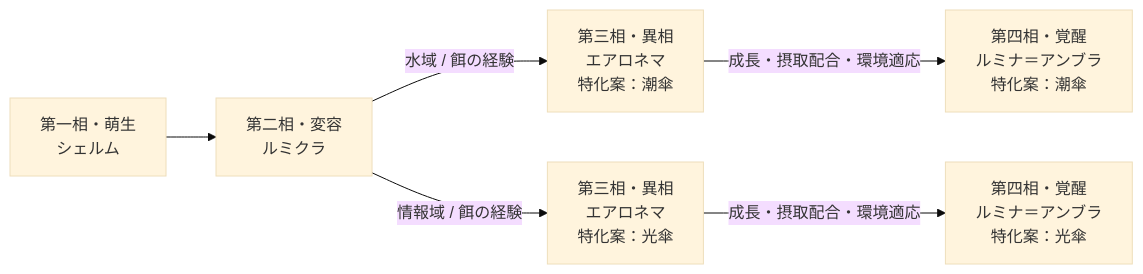
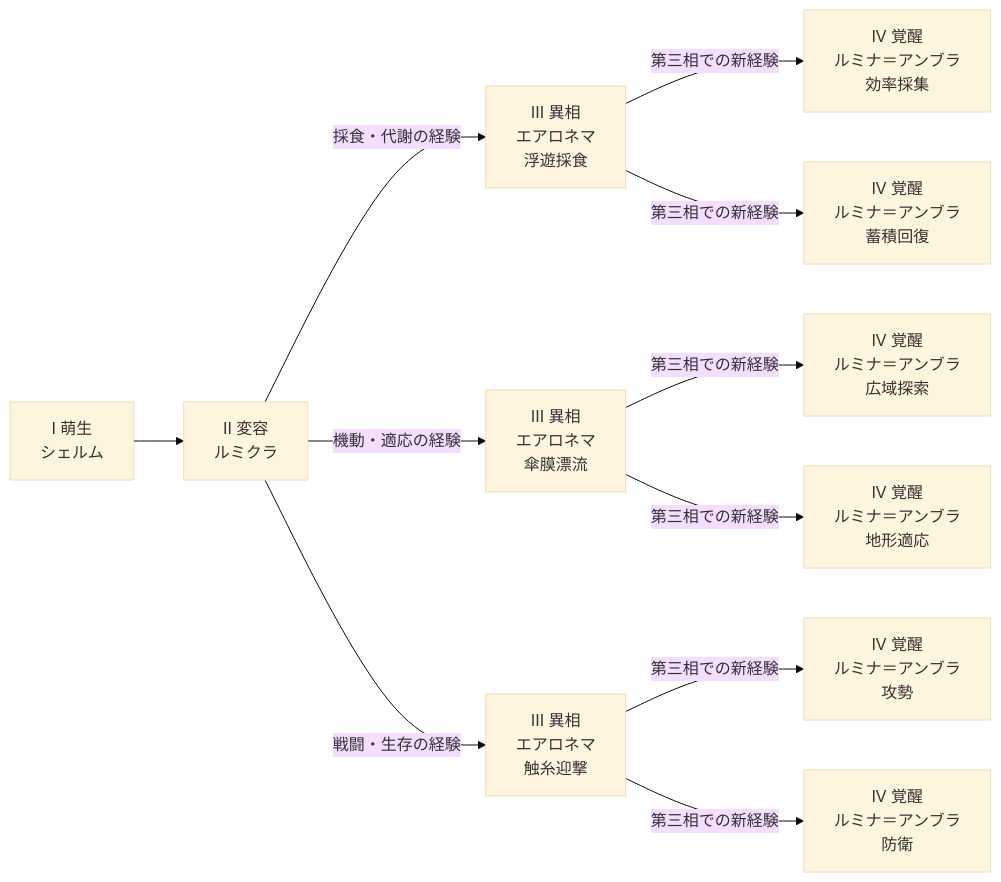
The diagram in lifegame-desktop/design/specification/evolution-trees/jelly.md (chifuru/VAL), drawn with Mermaid (base theme) before and after one commit. The commit also changed other lines of this file and 56 other files, not shown here.

````diff
--- a/lifegame-desktop/design/specification/evolution-trees/jelly.md
+++ b/lifegame-desktop/design/specification/evolution-trees/jelly.md
@@ -20,8 +32,13 @@
 ```mermaid
 flowchart LR
-  p1["第一相・萌生<br/>シェルム"] --> p2["第二相・変容<br/>ルミクラ"]
-  p2 -->|"水域 / 餌の経験"| p3_1["第三相・異相<br/>エアロネマ<br/>特化案：潮傘"]
-  p3_1 -->|"成長・摂取配合・環境適応"| p4_1["第四相・覚醒<br/>ルミナ＝アンブラ<br/>特化案：潮傘"]
-  p2 -->|"情報域 / 餌の経験"| p3_2["第三相・異相<br/>エアロネマ<br/>特化案：光傘"]
-  p3_2 -->|"成長・摂取配合・環境適応"| p4_2["第四相・覚醒<br/>ルミナ＝アンブラ<br/>特化案：光傘"]
+ p1["I 萌生<br/>シェルム"] --> p2["II 変容<br/>ルミクラ"]
+ p2 -->|"採食・代謝の経験"| p3_0["III 異相<br/>エアロネマ<br/>浮遊採食"]
+ p3_0 -->|"第三相での新経験"| p4_0_0["IV 覚醒<br/>ルミナ＝アンブラ<br/>効率採集"]
+ p3_0 -->|"第三相での新経験"| p4_0_1["IV 覚醒<br/>ルミナ＝アンブラ<br/>蓄積回復"]
+ p2 -->|"機動・適応の経験"| p3_1["III 異相<br/>エアロネマ<br/>傘膜漂流"]
+ p3_1 -->|"第三相での新経験"| p4_1_0["IV 覚醒<br/>ルミナ＝アンブラ<br/>広域探索"]
+ p3_1 -->|"第三相での新経験"| p4_1_1["IV 覚醒<br/>ルミナ＝アンブラ<br/>地形適応"]
+ p2 -->|"戦闘・生存の経験"| p3_2["III 異相<br/>エアロネマ<br/>触糸迎撃"]
+ p3_2 -->|"第三相での新経験"| p4_2_0["IV 覚醒<br/>ルミナ＝アンブラ<br/>攻勢"]
+ p3_2 -->|"第三相での新経験"| p4_2_1["IV 覚醒<br/>ルミナ＝アンブラ<br/>防衛"]
 ```
````
